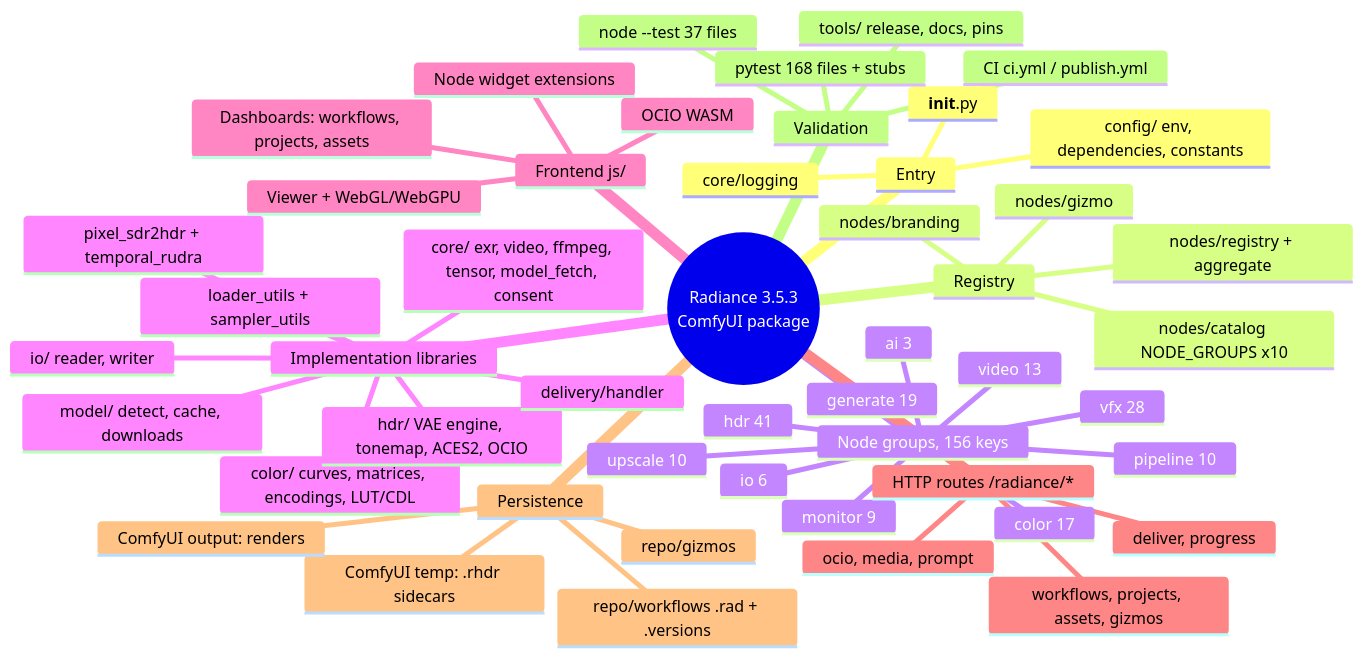
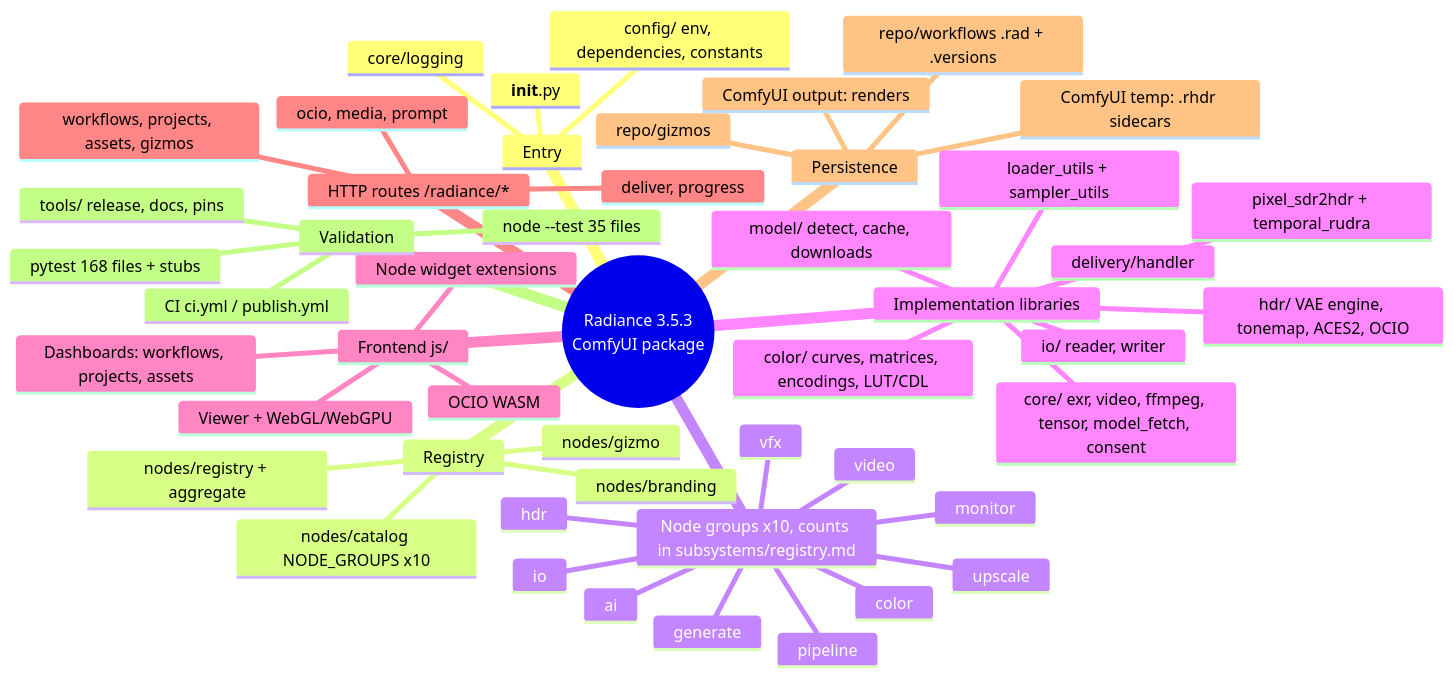
The diagram in docs/ai/diagrams/project-mindmap.mmd (FXTD-Studios/radiance), drawn with Mermaid before and after one commit. The commit also changed 10 other files, not shown here.

```diff
--- a/docs/ai/diagrams/project-mindmap.mmd
+++ b/docs/ai/diagrams/project-mindmap.mmd
@@ -1,51 +1,51 @@
 %% project-mapper:generated, static-analysis map (not a runtime trace), revision 7376f9e
 mindmap
   root((Radiance 3.5.3<br/>ComfyUI package))
     Entry
       __init__.py
       config/ env, dependencies, constants
       core/logging
     Registry
       nodes/catalog NODE_GROUPS x10
       nodes/registry + aggregate
       nodes/branding
       nodes/gizmo
-    Node groups, 156 keys
-      color 17
-      hdr 41
-      io 6
-      vfx 28
-      pipeline 10
-      monitor 9
-      upscale 10
-      video 13
-      ai 3
-      generate 19
+    Node groups x10, counts in subsystems/registry.md
+      color
+      hdr
+      io
+      vfx
+      pipeline
+      monitor
+      upscale
+      video
+      ai
+      generate
     Implementation libraries
       color/ curves, matrices, encodings, LUT/CDL
       hdr/ VAE engine, tonemap, ACES2, OCIO
       io/ reader, writer
       core/ exr, video, ffmpeg, tensor, model_fetch, consent
       delivery/handler
       model/ detect, cache, downloads
       loader_utils + sampler_utils
       pixel_sdr2hdr + temporal_rudra
     Frontend js/
       Viewer + WebGL/WebGPU
       OCIO WASM
       Dashboards: workflows, projects, assets
       Node widget extensions
     HTTP routes /radiance/*
       deliver, progress
       ocio, media, prompt
       workflows, projects, assets, gizmos
     Persistence
       repo/workflows .rad + .versions
       repo/gizmos
       ComfyUI temp: .rhdr sidecars
       ComfyUI output: renders
     Validation
       pytest 168 files + stubs
-      node --test 37 files
+      node --test 35 files
       CI ci.yml / publish.yml
       tools/ release, docs, pins
```
